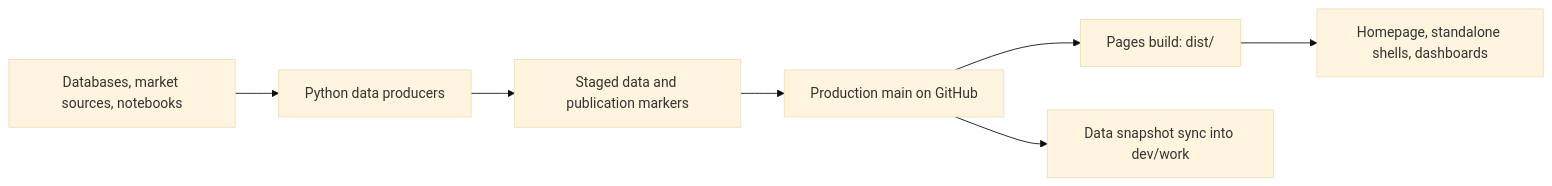
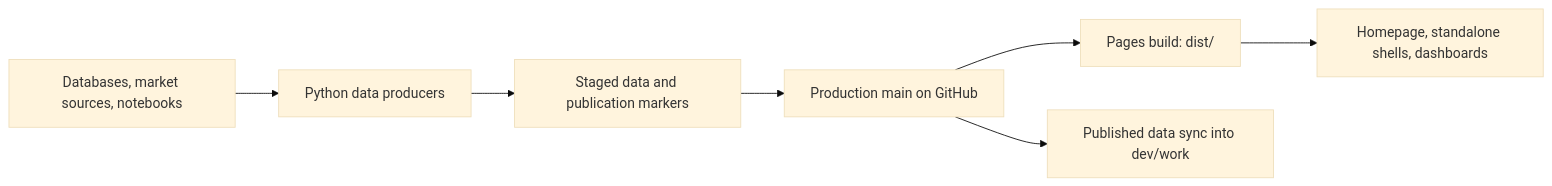
One commit to w-s-bitcoin/wickedsmartbitcoin changed the diagram in README.md. Above: the diagram before and after it, drawn with Mermaid (base theme). The commit also changed other lines of this file and 41 other files, not shown here.

First line of the commit message:
Reuse published data history and attribute automated commits

````diff
--- a/README.md
+++ b/README.md
@@ -100,9 +100,9 @@
 ```mermaid
 flowchart LR
     Sources["Databases, market sources, notebooks"] --> Producers["Python data producers"]
     Producers --> Stage["Staged data and publication markers"]
     Stage --> Git["Production main on GitHub"]
     Git --> Build["Pages build: dist/"]
     Build --> Browser["Homepage, standalone shells, dashboards"]
-    Git --> Dev["Data snapshot sync into dev/work"]
+    Git --> Dev["Published data sync into dev/work"]
 ```
````
